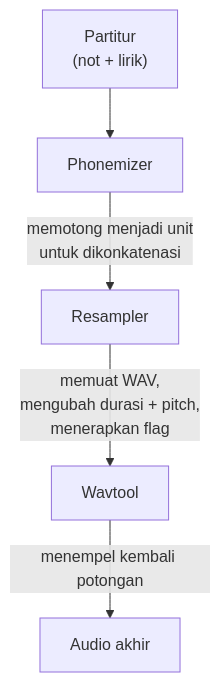
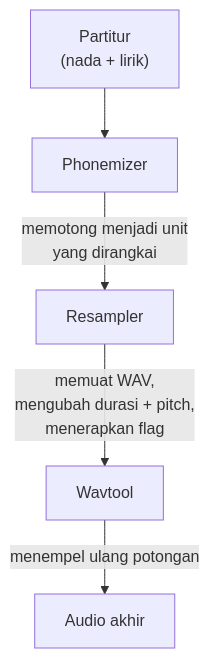
The second of 2 diagrams in public/articles/id/utau.md (fox3000foxy/fox3000foxy.github.io), drawn with Mermaid before and after one commit. The commit also changed other lines of this file and 576 other files, not shown here.

````diff
--- a/public/articles/id/utau.md
+++ b/public/articles/id/utau.md
@@ -118,7 +118,7 @@
 ```mermaid
 flowchart TD
-    A["Partitur<br/>(not + lirik)"] --> B[Phonemizer]
-    B -->|"memotong menjadi unit<br/>untuk dikonkatenasi"| C[Resampler]
+    A["Partitur<br/>(nada + lirik)"] --> B[Phonemizer]
+    B -->|"memotong menjadi unit<br/>yang dirangkai"| C[Resampler]
     C -->|"memuat WAV,<br/>mengubah durasi + pitch,<br/>menerapkan flag"| D[Wavtool]
-    D -->|"menempel kembali potongan"| E["Audio akhir"]
+    D -->|"menempel ulang potongan"| E["Audio akhir"]
 ```
````
